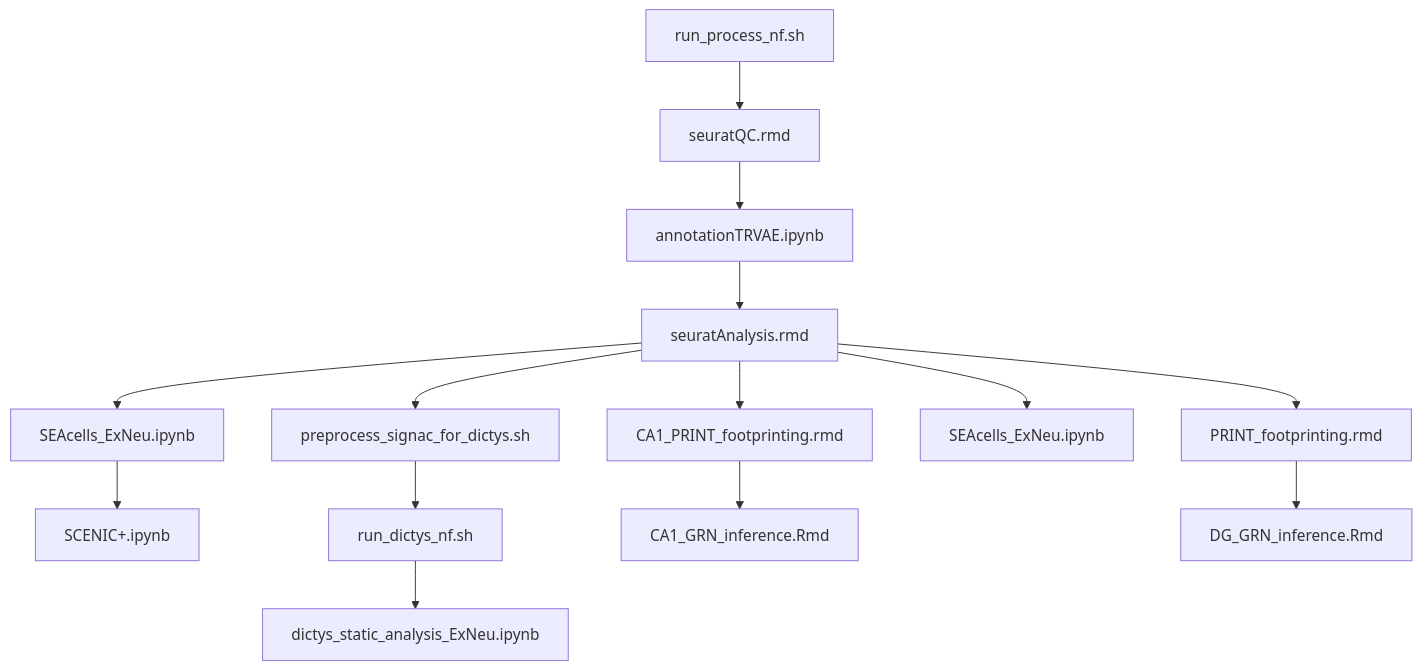
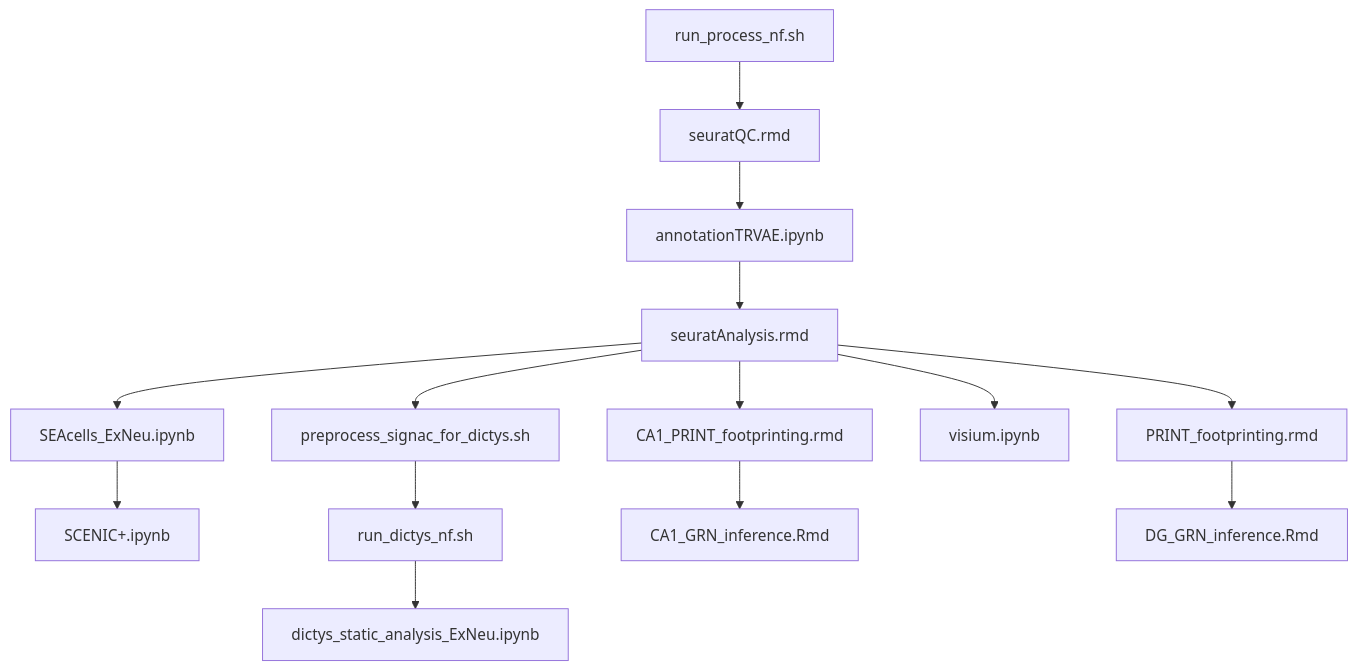
The diagram in README.md (AndyCGraham/thesis), drawn with Mermaid before and after one commit.

Commit message:
Enhancement: visium analysis

````diff
--- a/README.md
+++ b/README.md
@@ -29,16 +29,16 @@
 ```mermaid
     graph TD;
         A[run_process_nf.sh] --> B[seuratQC.rmd];
         B --> C[annotationTRVAE.ipynb];
         C --> D[seuratAnalysis.rmd];
         D --> E[PRINT_footprinting.rmd];
         D --> F[CA1_PRINT_footprinting.rmd];
         D --> G[SEAcells_ExNeu.ipynb];
-        D --> H[SEAcells_ExNeu.ipynb];
+        D --> H[visium.ipynb];
         D --> I[preprocess_signac_for_dictys.sh];
         G --> J[SCENIC+.ipynb];
         I --> K[run_dictys_nf.sh];
         F --> L[CA1_GRN_inference.Rmd];
         E --> M[DG_GRN_inference.Rmd];
         K --> N[dictys_static_analysis_ExNeu.ipynb]
 ```
````
